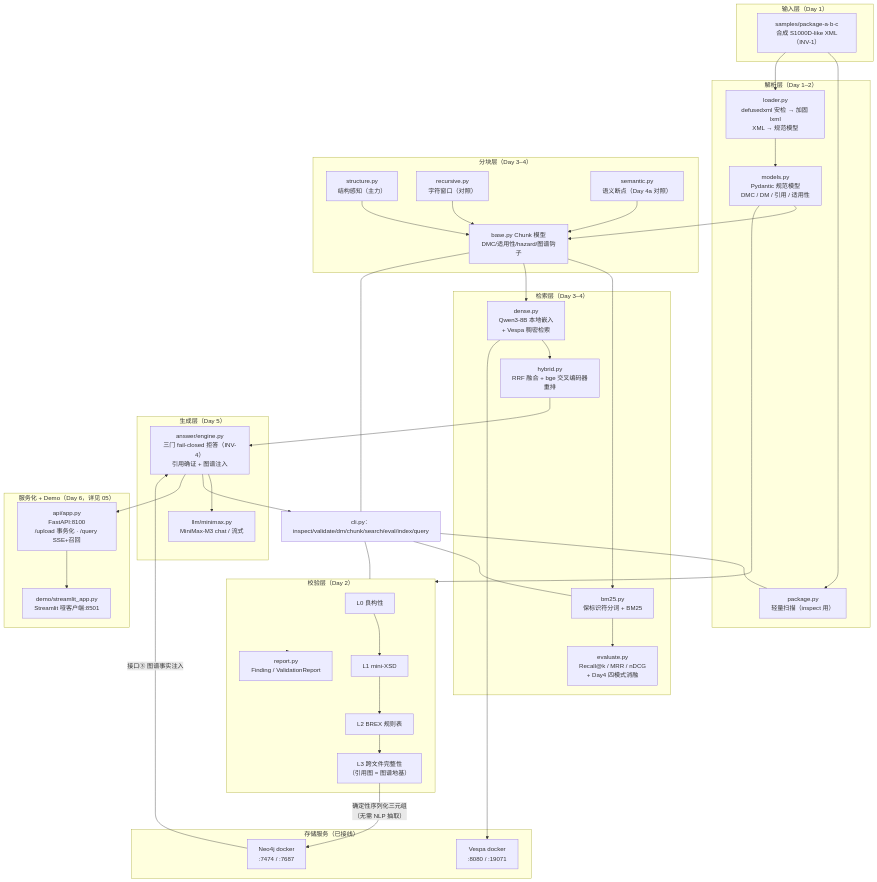
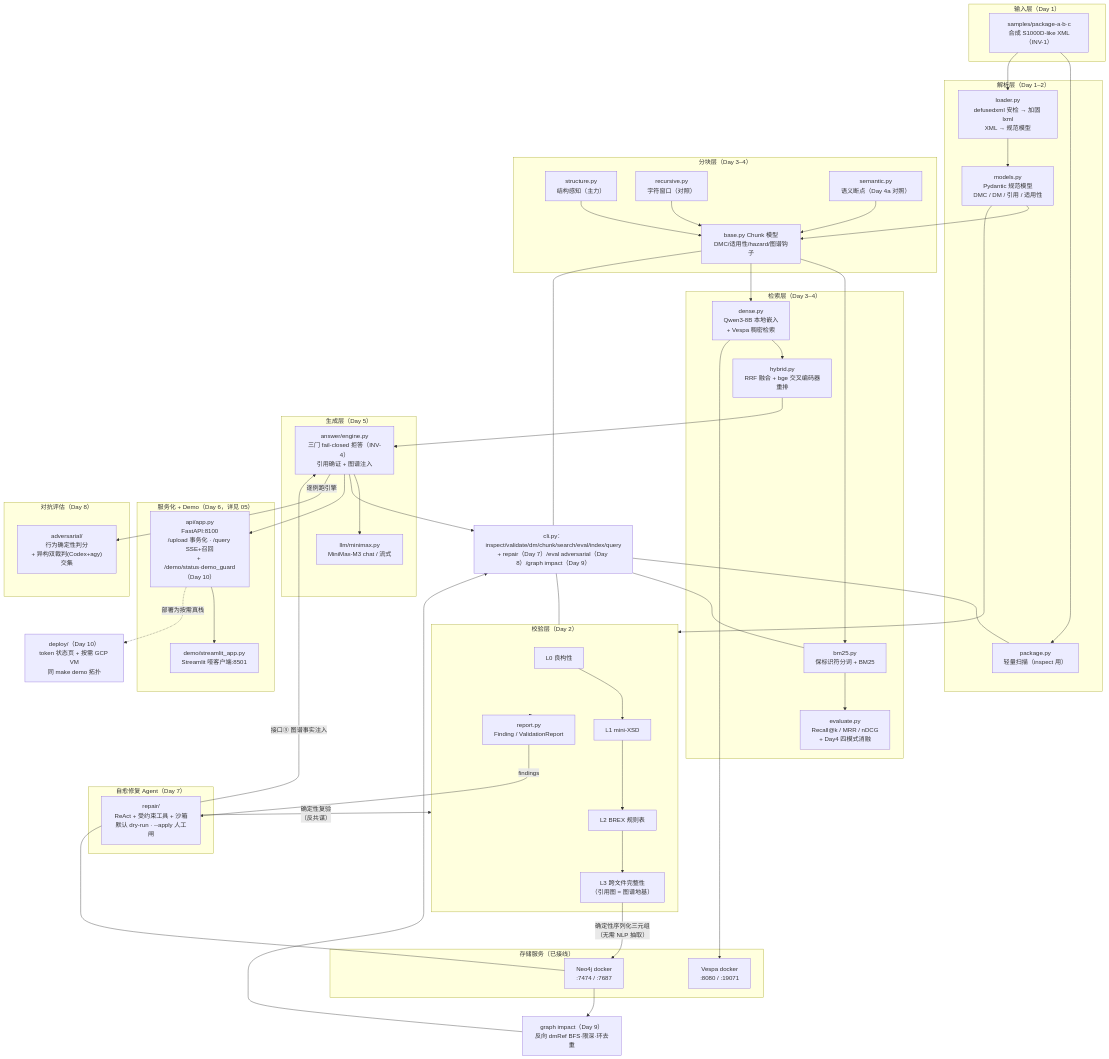
One commit to Osmond-Xin/LearnArken changed the first of 2 diagrams in docs/architecture/02-system-architecture.md. Above: the diagram before and after it, drawn with Mermaid. The commit also changed other lines of this file and 41 other files, not shown here.

```diff
--- a/docs/architecture/02-system-architecture.md
+++ b/docs/architecture/02-system-architecture.md
@@ -48,11 +49,22 @@
     end
 
     subgraph SERVE["服务化 + Demo（Day 6，详见 05）"]
-        API["api/app.py<br/>FastAPI:8100<br/>/upload 事务化 · /query SSE+召回"]
+        API["api/app.py<br/>FastAPI:8100<br/>/upload 事务化 · /query SSE+召回<br/>+ /demo/status·demo_guard（Day 10）"]
         FE["demo/streamlit_app.py<br/>Streamlit 哑客户端:8501"]
     end
 
-    CLI["cli.py：inspect/validate/dm/chunk/search/eval/index/query"]
+    subgraph REPAIR["自愈修复 Agent（Day 7）"]
+        REP["repair/<br/>ReAct + 受约束工具 + 沙箱<br/>默认 dry-run · --apply 人工闸"]
+    end
+
+    subgraph ADV["对抗评估（Day 8）"]
+        ADVE["adversarial/<br/>行为确定性判分<br/>+ 异构双裁判(Codex+agy)交集"]
+    end
+
+    IMP["graph impact（Day 9）<br/>反向 dmRef BFS·限深·环去重"]
+    DEPLOY["deploy/（Day 10）<br/>token 状态页 + 按需 GCP VM<br/>同 make demo 拓扑"]
+
+    CLI["cli.py：inspect/validate/dm/chunk/search/eval/index/query<br/>+ repair（Day 7）/eval adversarial（Day 8）/graph impact（Day 9）"]
 
     XML --> SCAN
     XML --> LOADER --> MODEL
@@ -72,6 +84,11 @@
     ANS --> CLI
     ANS --> API
     API --> FE
+    REPORT -->|"findings"| REP
+    REP -->|"确定性复验<br/>（反共谋）"| VALID
+    ANS -->|"逐例跑引擎"| ADVE
+    NEO --> IMP --> CLI
+    API -.->|"部署为按需真栈"| DEPLOY
     CLI --- SCAN
     CLI --- VALID
     CLI --- CHUNKM
```
